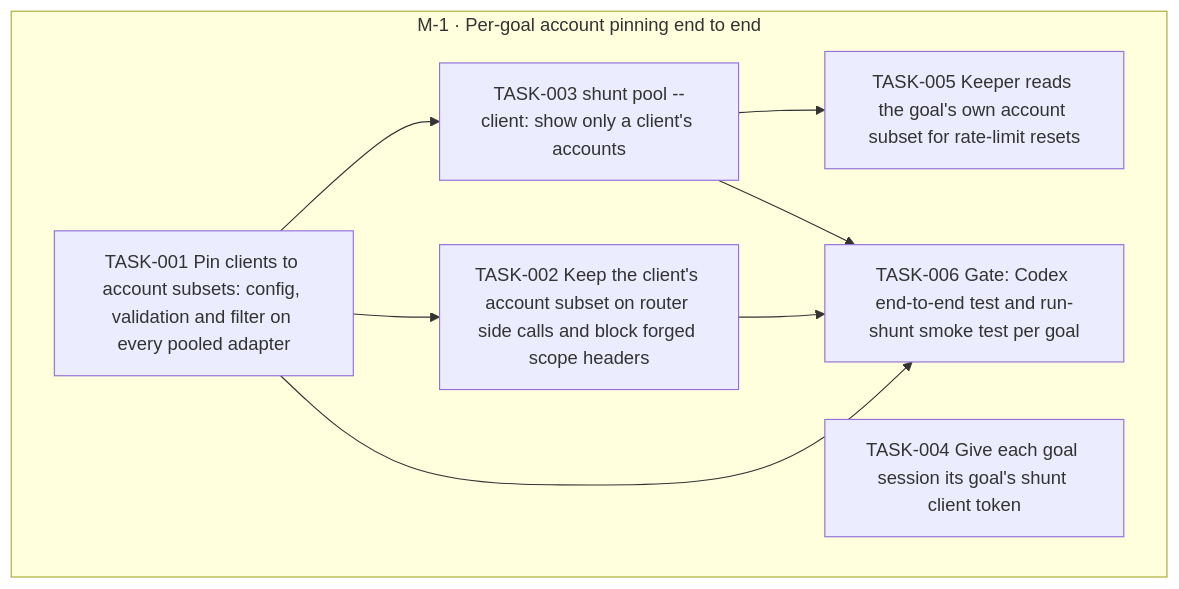
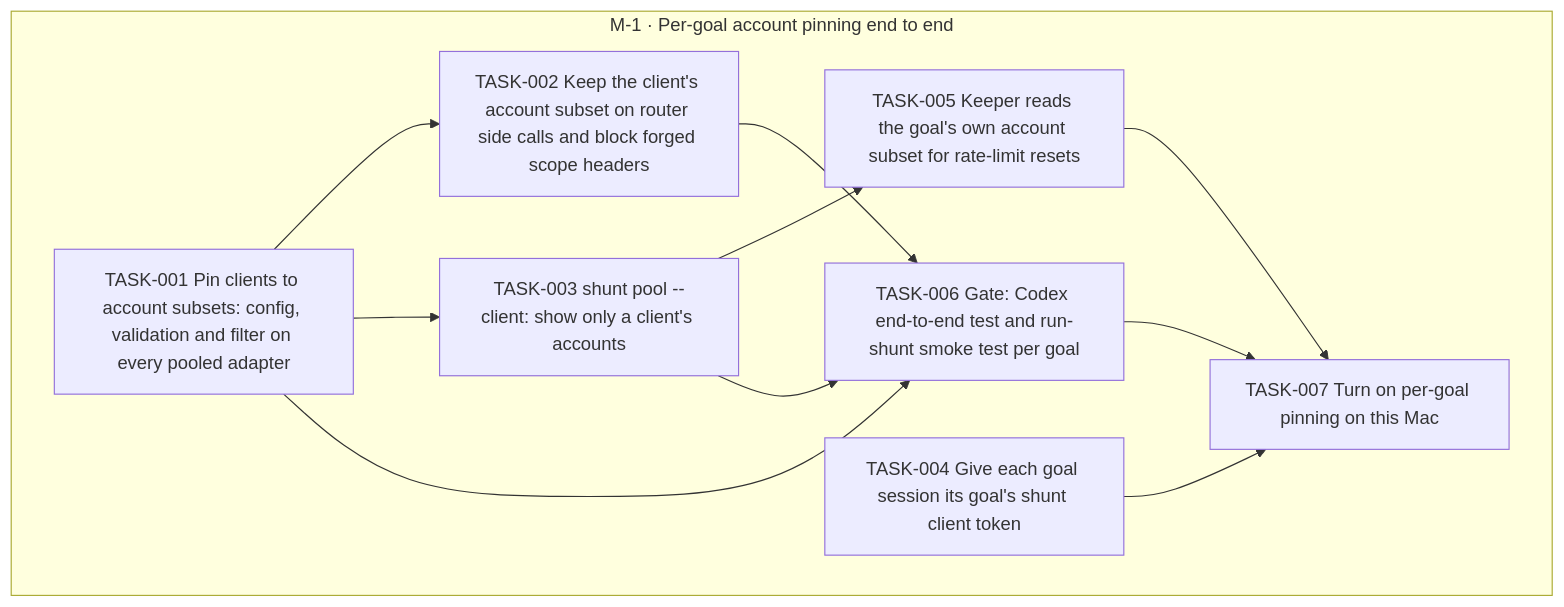
One commit to jesusvillota/shunt changed the diagram in goals/account-pinning/README.md. Above: the diagram before and after it, drawn with Mermaid. The commit also changed 1 other file, not shown here.

Commit message:
goal(account-pinning): add TASK-007 Turn on per-goal pinning on this Mac

````diff
--- a/goals/account-pinning/README.md
+++ b/goals/account-pinning/README.md
@@ -19,20 +19,24 @@
 ```mermaid
 flowchart TD
   subgraph M_1["M-1 · Per-goal account pinning end to end"]
     TASK_001["TASK-001 Pin clients to account subsets: config, validation and filter on every pooled adapter"]
     TASK_002["TASK-002 Keep the client's account subset on router side calls and block forged scope headers"]
     TASK_003["TASK-003 shunt pool --client: show only a client's accounts"]
     TASK_004["TASK-004 Give each goal session its goal's shunt client token"]
     TASK_005["TASK-005 Keeper reads the goal's own account subset for rate-limit resets"]
     TASK_006["TASK-006 Gate: Codex end-to-end test and run-shunt smoke test per goal"]
+    TASK_007["TASK-007 Turn on per-goal pinning on this Mac"]
   end
   TASK_001 --> TASK_002
   TASK_001 --> TASK_003
   TASK_003 --> TASK_005
   TASK_001 --> TASK_006
   TASK_002 --> TASK_006
   TASK_003 --> TASK_006
+  TASK_004 --> TASK_007
+  TASK_005 --> TASK_007
+  TASK_006 --> TASK_007
   classDef draft stroke-dasharray: 4 3
   classDef cancelled opacity:0.45
   classDef decision fill:#f3e8ff,stroke:#7c3aed
 ```
````
